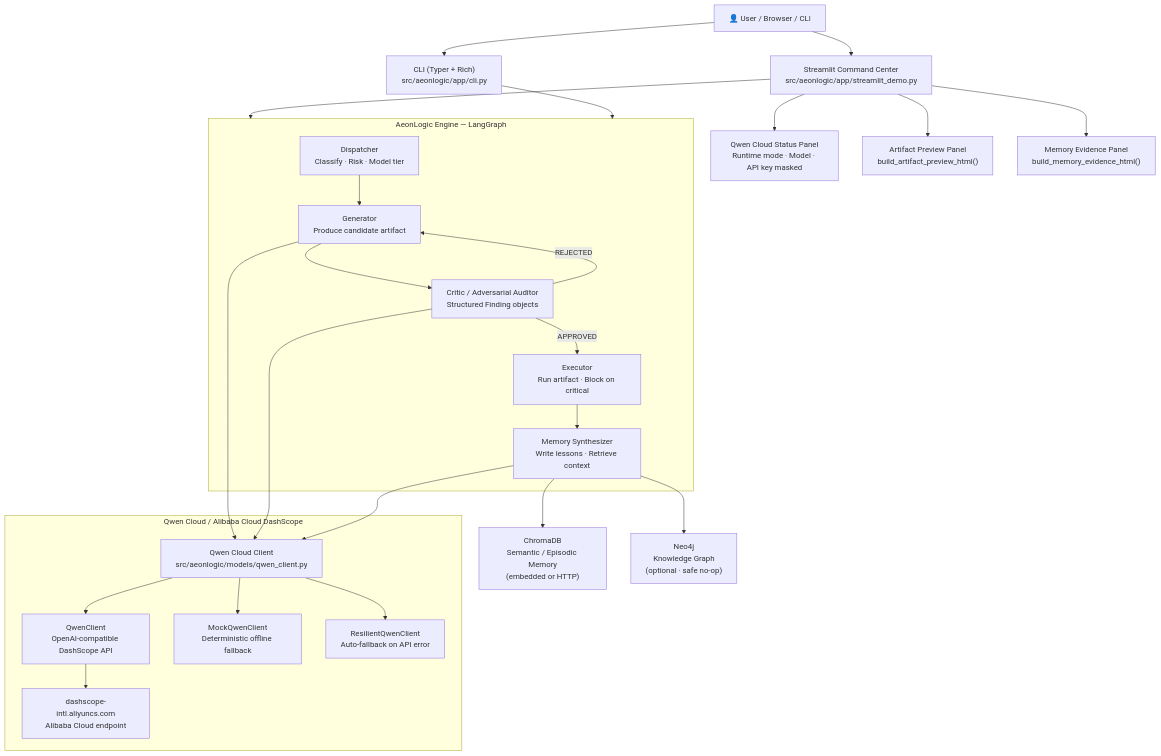
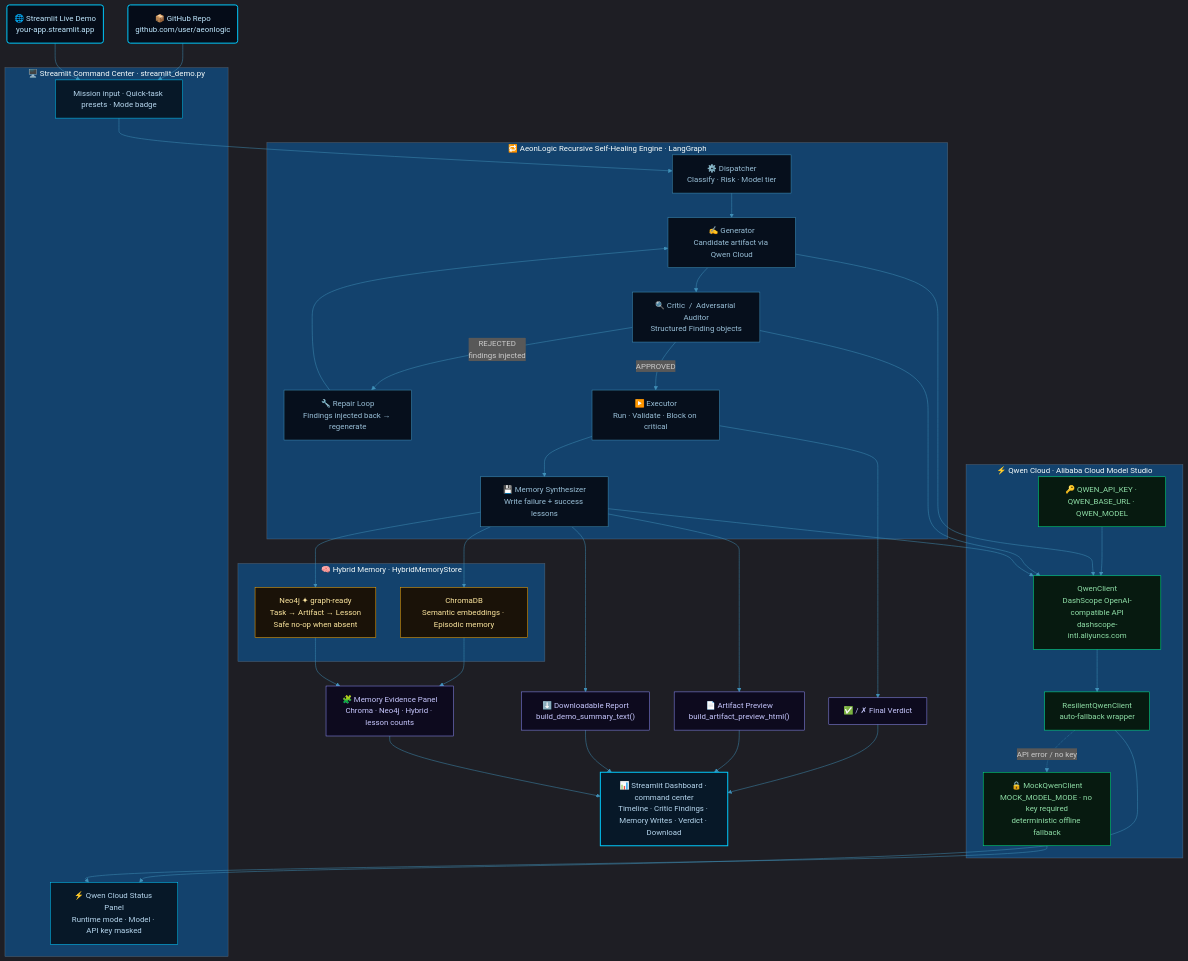
The diagram in docs/ARCHITECTURE.md (fokrulanthro16-eng/AeonLogic), drawn with Mermaid before and after one commit. The commit also changed other lines of this file and 1 other file, not shown here.

Commit message:
add devpost architecture diagram

````diff
--- a/docs/ARCHITECTURE.md
+++ b/docs/ARCHITECTURE.md
@@ -9,40 +13,65 @@
 ```mermaid
-graph TD
-    User["👤 User / Browser / CLI"] --> SC["Streamlit Command Center\nsrc/aeonlogic/app/streamlit_demo.py"]
-    User --> CLI["CLI  (Typer + Rich)\nsrc/aeonlogic/app/cli.py"]
+%%{init: {"theme": "dark", "themeVariables": {"primaryColor": "#071828", "primaryTextColor": "#c0d4e8", "primaryBorderColor": "#00ccff", "lineColor": "#4090b8", "secondaryColor": "#060f1c", "background": "#050c18", "mainBkg": "#071828"}}}%%
+flowchart TD
+    classDef usr    fill:#050c18,stroke:#00ccff,color:#c0e8ff,stroke-width:2px
+    classDef front  fill:#071828,stroke:#00ccff,color:#b8d8f0
+    classDef eng    fill:#060f1c,stroke:#4090b8,color:#9ac0d8
+    classDef qwen   fill:#071a10,stroke:#00ee88,color:#90e0a8
+    classDef mem    fill:#1a1208,stroke:#ffaa00,color:#ffe8a0
+    classDef out    fill:#0d0a1e,stroke:#9090ff,color:#c8c8ff
+    classDef dash   fill:#071828,stroke:#00ccff,color:#b8d8f0,stroke-width:2px
 
-    SC --> Engine["AeonLogic Engine\nLangGraph Stateful Graph"]
-    CLI --> Engine
+    GH("📦 GitHub Repo\ngithub.com/user/aeonlogic"):::usr
+    LD("🌐 Streamlit Live Demo\nyour-app.streamlit.app"):::usr
 
-    subgraph Engine["AeonLogic Engine — LangGraph"]
-        Dispatch["Dispatcher\nClassify · Risk · Model tier"]
-        Generate["Generator\nProduce candidate artifact"]
-        Critic["Critic / Adversarial Auditor\nStructured Finding objects"]
-        Executor["Executor\nRun artifact · Block on critical"]
-        MemSynth["Memory Synthesizer\nWrite lessons · Retrieve context"]
-
-        Dispatch --> Generate
-        Generate --> Critic
-        Critic -->|APPROVED| Executor
-        Critic -->|REJECTED| Generate
-        Executor --> MemSynth
+    subgraph FE["  🖥️  Streamlit Command Center  ·  streamlit_demo.py  "]
+        INPUT["Mission input · Quick-task presets · Mode badge"]:::front
+        QSTATUS["⚡ Qwen Cloud Status Panel\nRuntime mode · Model · API key masked"]:::front
     end
 
-    Generate --> QwenClient["Qwen Cloud Client\nsrc/aeonlogic/models/qwen_client.py"]
-    Critic --> QwenClient
-    MemSynth --> QwenClient
+    GH & LD --> INPUT
 
-    subgraph QwenCloudIntegration["Qwen Cloud / Alibaba Cloud DashScope"]
-        QwenClient --> RealClient["QwenClient\nOpenAI-compatible DashScope API"]
-        QwenClient --> MockClient["MockQwenClient\nDeterministic offline fallback"]
-        QwenClient --> Resilient["ResilientQwenClient\nAuto-fallback on API error"]
-        RealClient --> DashScope["dashscope-intl.aliyuncs.com\nAlibaba Cloud endpoint"]
+    subgraph ENG["  🔁  AeonLogic Recursive Self-Healing Engine  ·  LangGraph  "]
+        DISP["⚙️ Dispatcher\nClassify · Risk · Model tier"]:::eng
+        GEN["✍️ Generator\nCandidate artifact via Qwen Cloud"]:::eng
+        CRIT["🔍 Critic  /  Adversarial Auditor\nStructured Finding objects"]:::eng
+        REPAIR["🔧 Repair Loop\nFindings injected back → regenerate"]:::eng
+        EXEC["▶️ Executor\nRun · Validate · Block on critical"]:::eng
+        SYNTH["💾 Memory Synthesizer\nWrite failure + success lessons"]:::eng
+
+        DISP --> GEN --> CRIT
+        CRIT -- "REJECTED\nfindings injected" --> REPAIR --> GEN
+        CRIT -- "APPROVED" --> EXEC --> SYNTH
     end
 
-    MemSynth --> ChromaDB["ChromaDB\nSemantic / Episodic Memory\n(embedded or HTTP)"]
-    MemSynth --> Neo4j["Neo4j\nKnowledge Graph\n(optional · safe no-op)"]
+    INPUT --> DISP
 
-    SC --> SidePanel["Qwen Cloud Status Panel\nRuntime mode · Model · API key masked"]
-    SC --> ArtifactPreview["Artifact Preview Panel\nbuild_artifact_preview_html()"]
-    SC --> MemoryEvidence["Memory Evidence Panel\nbuild_memory_evidence_html()"]
+    subgraph QW["  ⚡  Qwen Cloud  ·  Alibaba Cloud Model Studio  "]
+        ENVV["🔑 QWEN_API_KEY · QWEN_BASE_URL · QWEN_MODEL"]:::qwen
+        QREAL["QwenClient\nDashScope OpenAI-compatible API\ndashscope-intl.aliyuncs.com"]:::qwen
+        QRES["ResilientQwenClient\nauto-fallback wrapper"]:::qwen
+        QMOCK["🔒 MockQwenClient\nMOCK_MODEL_MODE · no key required\ndeterministic offline fallback"]:::qwen
+
+        ENVV --> QREAL --> QRES
+        QRES -. "API error / no key" .-> QMOCK
+    end
+
+    GEN --> QREAL
+    CRIT --> QREAL
+    SYNTH --> QREAL
+    QRES & QMOCK --> QSTATUS
+
+    subgraph HMEM["  🧠  Hybrid Memory  ·  HybridMemoryStore  "]
+        CHROMA["ChromaDB\nSemantic embeddings · Episodic memory"]:::mem
+        NEO4J["Neo4j  ✦  graph-ready\nTask → Artifact → Lesson\nSafe no-op when absent"]:::mem
+    end
+
+    SYNTH --> CHROMA & NEO4J
+
+    EXEC  --> VERDICT["✅ / ✗  Final Verdict"]:::out
+    SYNTH --> ARTPREV["📄 Artifact Preview\nbuild_artifact_preview_html()"]:::out
+    SYNTH --> DLREP["⬇️ Downloadable Report\nbuild_demo_summary_text()"]:::out
+    CHROMA & NEO4J --> MEMEV["🧩 Memory Evidence Panel\nChroma · Neo4j · Hybrid · lesson counts"]:::out
+
+    VERDICT & ARTPREV & DLREP & MEMEV --> DASH["📊 Streamlit Dashboard · command center\nTimeline · Critic Findings · Memory Writes · Verdict · Download"]:::dash
 ```
````
